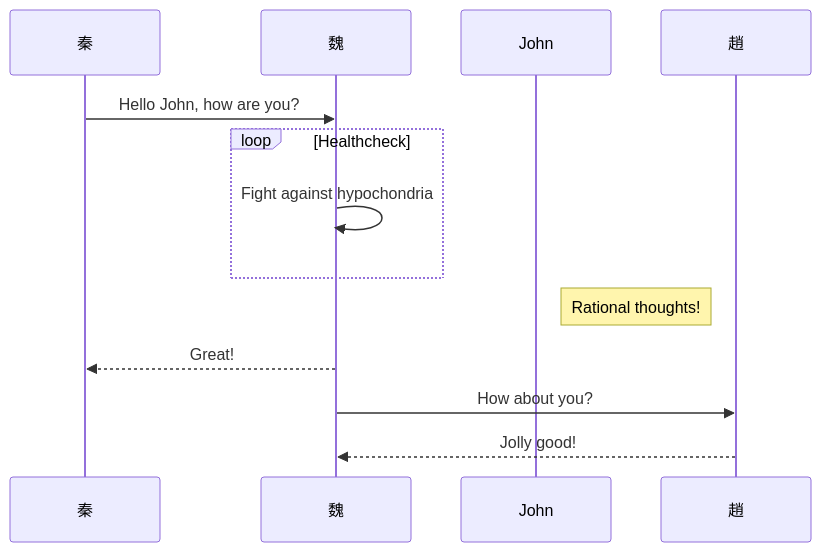
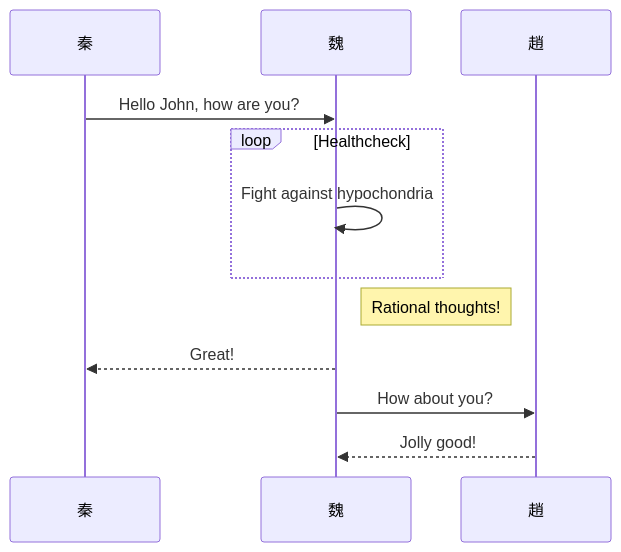
One commit to twodogmeimei/DaQing changed the diagram in main.md. Above: the diagram before and after it, drawn with Mermaid.

````diff
--- a/main.md
+++ b/main.md
@@ -1,11 +1,11 @@
 ```mermaid
 sequenceDiagram
 秦->>魏: Hello John, how are you?
 loop Healthcheck
     魏->>魏: Fight against hypochondria
 end
-Note right of John: Rational thoughts!
+Note right of 魏: Rational thoughts!
 魏-->>秦: Great!
 魏->>趙: How about you?
 趙-->>魏: Jolly good!
 ```
````
